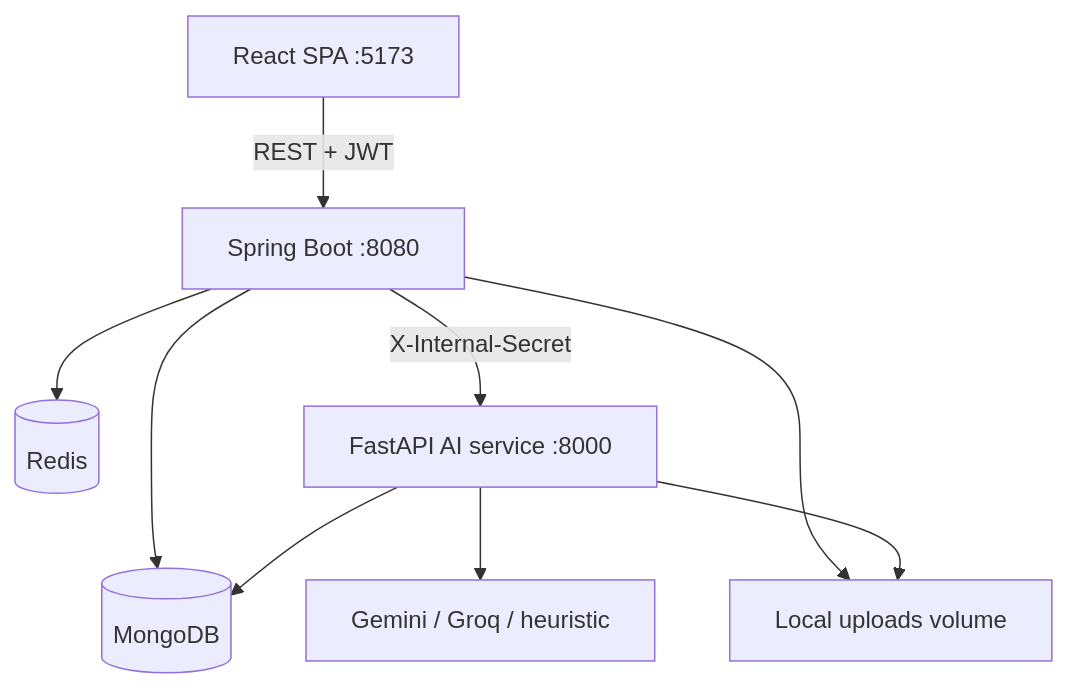
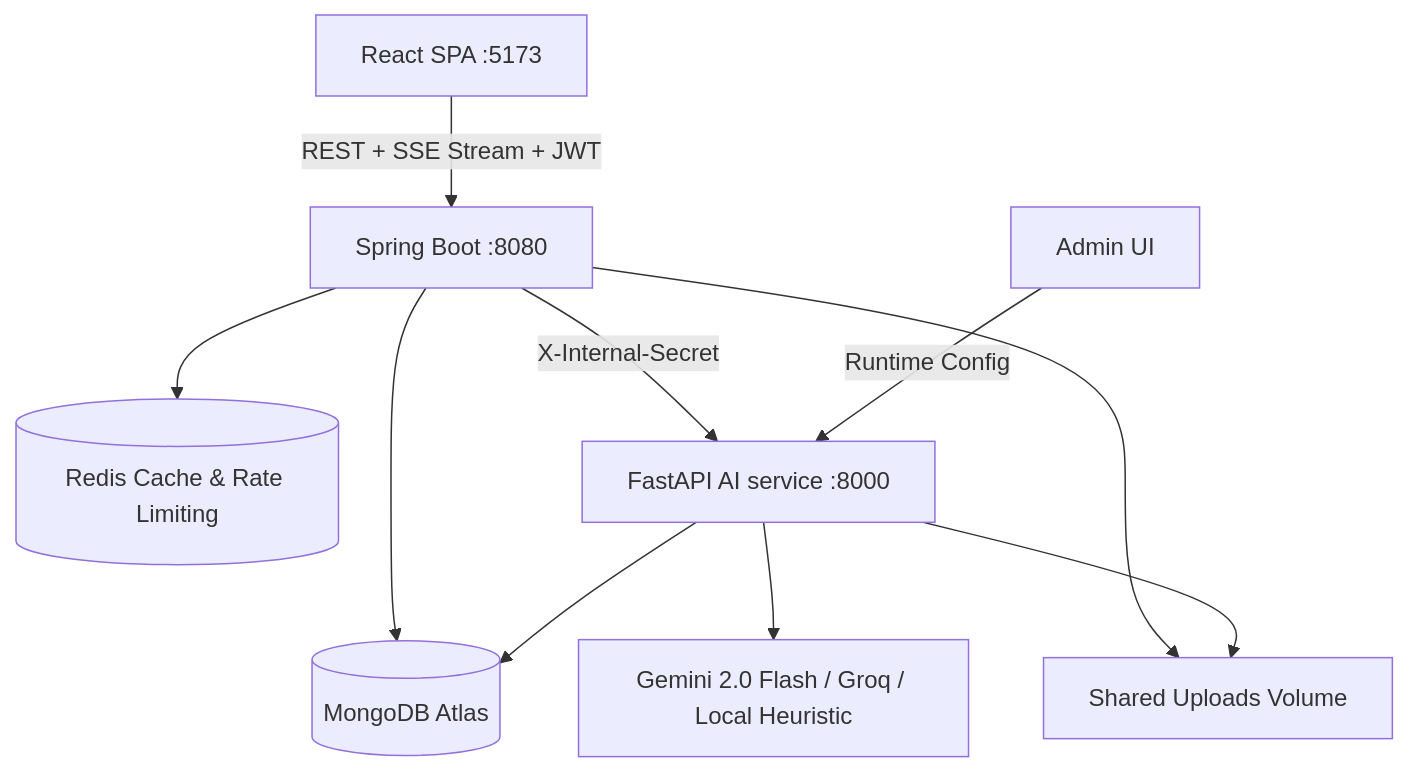
One commit to Selfie-17/AiProfWork changed the diagram in docs/architecture.md. Above: the diagram before and after it, drawn with Mermaid. The commit also changed other lines of this file and 9 other files, not shown here.

````diff
--- a/docs/architecture.md
+++ b/docs/architecture.md
@@ -5,11 +5,12 @@
 ```mermaid
 flowchart TD
-    A[React SPA :5173] -->|REST + JWT| B[Spring Boot :8080]
-    B --> C[(MongoDB)]
-    B --> D[(Redis)]
+    A[React SPA :5173] -->|REST + SSE Stream + JWT| B[Spring Boot :8080]
+    B --> C[(MongoDB Atlas)]
+    B --> D[(Redis Cache & Rate Limiting)]
     B -->|X-Internal-Secret| E[FastAPI AI service :8000]
-    E --> F[Gemini / Groq / heuristic]
+    E --> F[Gemini 2.0 Flash / Groq / Local Heuristic]
     E --> C
-    B --> G[Local uploads volume]
+    B --> G[Shared Uploads Volume]
     E --> G
+    H[Admin UI] -->|Runtime Config| E
 ```
````
